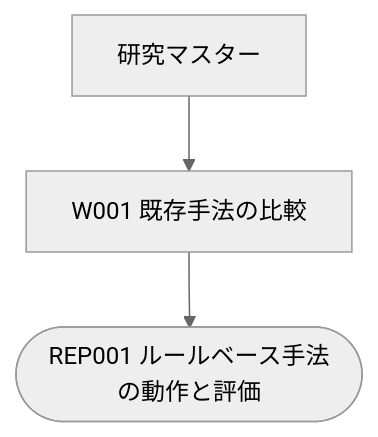
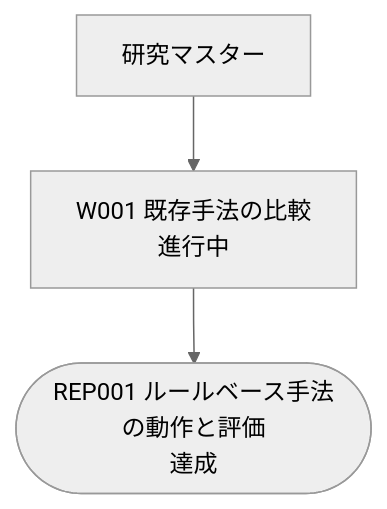
Before and after one commit to yayoten/AuctionNet: the diagram in research/flow.md, drawn with Mermaid (neutral theme). The commit also changed other lines of this file and 1353 other files, not shown here.

First line of the commit message:
add : W001/REP001 の結果（270 run を DB/runs に）、集計・図・報告PDF、MASTER.md・flow.md の更新

````diff
--- a/research/flow.md
+++ b/research/flow.md
@@ -13,8 +15,8 @@
 ```mermaid
 graph TD
   ROOT[研究マスター]
-  W001["W001 既存手法の比較"]
+  W001["W001 既存手法の比較<br/>進行中"]
   ROOT --> W001
-  REP001(["REP001 ルールベース手法の動作と評価"])
+  REP001(["REP001 ルールベース手法の動作と評価<br/>達成"])
   W001 --> REP001
 ```
````
